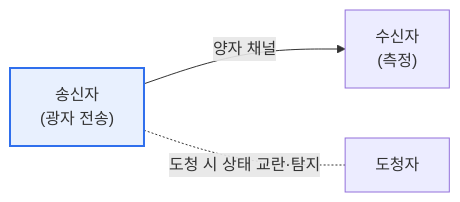
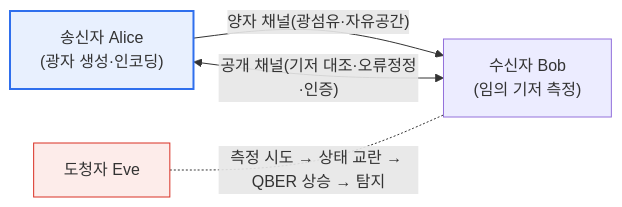
One commit to coninggu/wjdqhrhksflrltnftk changed the diagram in content/quantum-crypto.md. Above: the diagram before and after it, drawn with Mermaid. The commit also changed other lines of this file and 3 other files, not shown here.

````diff
--- a/content/quantum-crypto.md
+++ b/content/quantum-crypto.md
@@ -15,6 +23,8 @@
 ```mermaid
 flowchart LR
-  A["송신자<br/>(광자 전송)"] -->|양자 채널| B["수신자<br/>(측정)"]
-  A -. 도청 시 상태 교란·탐지 .- E[도청자]
+  A["송신자 Alice<br/>(광자 생성·인코딩)"] -->|"양자 채널(광섬유·자유공간)"| B["수신자 Bob<br/>(임의 기저 측정)"]
+  A <-->|"공개 채널(기저 대조·오류정정·인증)"| B
+  E["도청자 Eve"] -. "측정 시도 → 상태 교란 → QBER 상승 → 탐지" .- B
   style A fill:#e8f0fe,stroke:#2f6fed,stroke-width:2px
+  style E fill:#fdecea,stroke:#d93025,stroke-width:1px
 ```
````
